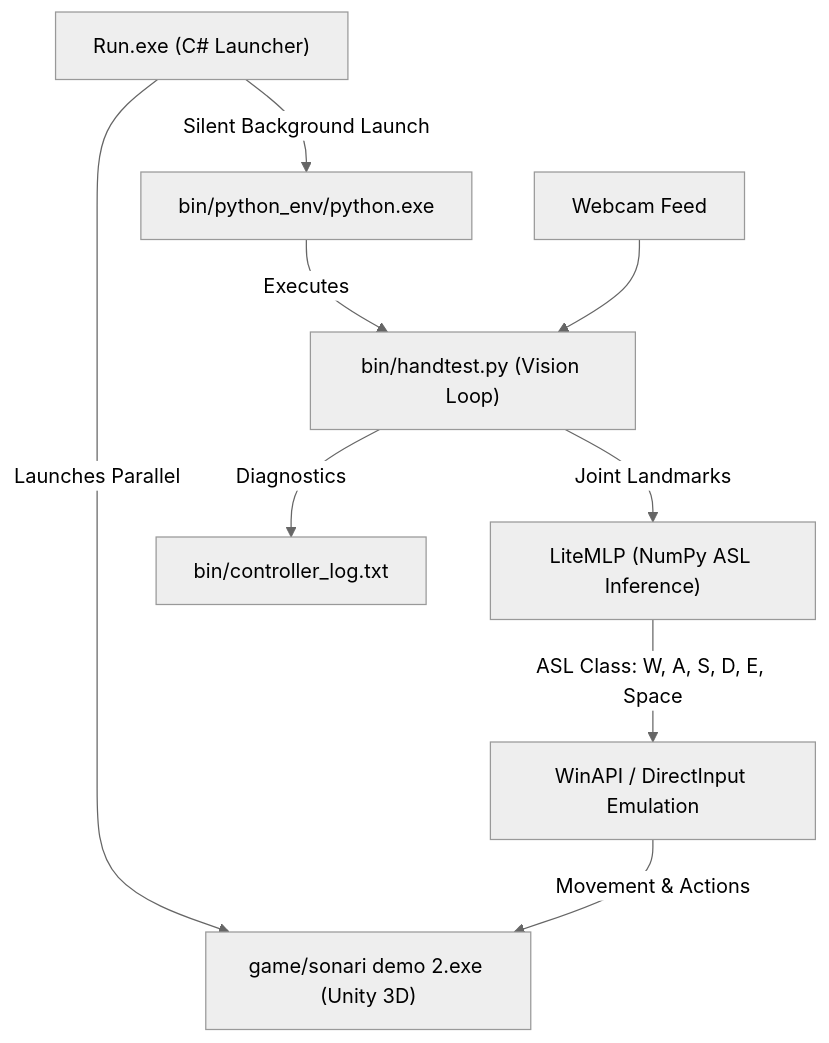
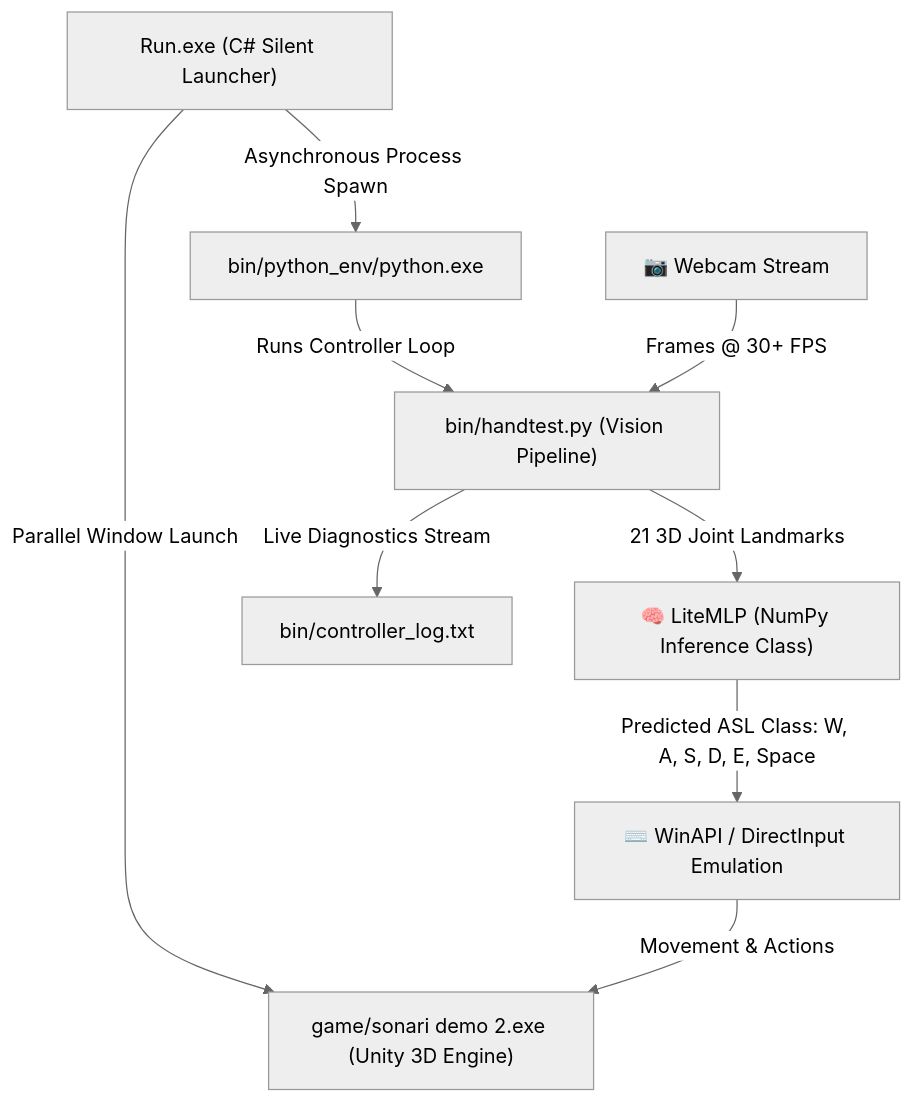
The diagram in README.md (N1412N/Sonari), drawn with Mermaid (neutral theme) before and after one commit. The commit also changed other lines of this file and 1 other file, not shown here.

Commit message:
docs: Redesign README with YouTube demo showcase, badges, gesture matrix, and LiteMLP benchmarks

````diff
--- a/README.md
+++ b/README.md
@@ -56,11 +100,11 @@
 ```mermaid
 graph TD
-    Launcher["Run.exe (C# Launcher)"] -->|Silent Background Launch| PyRuntime["bin/python_env/python.exe"]
-    Launcher -->|Launches Parallel| Unity["game/sonari demo 2.exe (Unity 3D)"]
-    PyRuntime -->|Executes| Loop["bin/handtest.py (Vision Loop)"]
-    Webcam["Webcam Feed"] --> Loop
-    Loop -->|Joint Landmarks| LiteMLP["LiteMLP (NumPy ASL Inference)"]
-    LiteMLP -->|ASL Class: W, A, S, D, E, Space| WinAPI["WinAPI / DirectInput Emulation"]
+    Launcher["Run.exe (C# Silent Launcher)"] -->|Asynchronous Process Spawn| PyRuntime["bin/python_env/python.exe"]
+    Launcher -->|Parallel Window Launch| Unity["game/sonari demo 2.exe (Unity 3D Engine)"]
+    PyRuntime -->|Runs Controller Loop| CV["bin/handtest.py (Vision Pipeline)"]
+    Webcam["📷 Webcam Stream"] -->|Frames @ 30+ FPS| CV
+    CV -->|21 3D Joint Landmarks| LiteMLP["🧠 LiteMLP (NumPy Inference Class)"]
+    LiteMLP -->|Predicted ASL Class: W, A, S, D, E, Space| WinAPI["⌨️ WinAPI / DirectInput Emulation"]
     WinAPI -->|Movement & Actions| Unity
-    Loop -->|Diagnostics| Log["bin/controller_log.txt"]
+    CV -->|Live Diagnostics Stream| Log["bin/controller_log.txt"]
 ```
````
